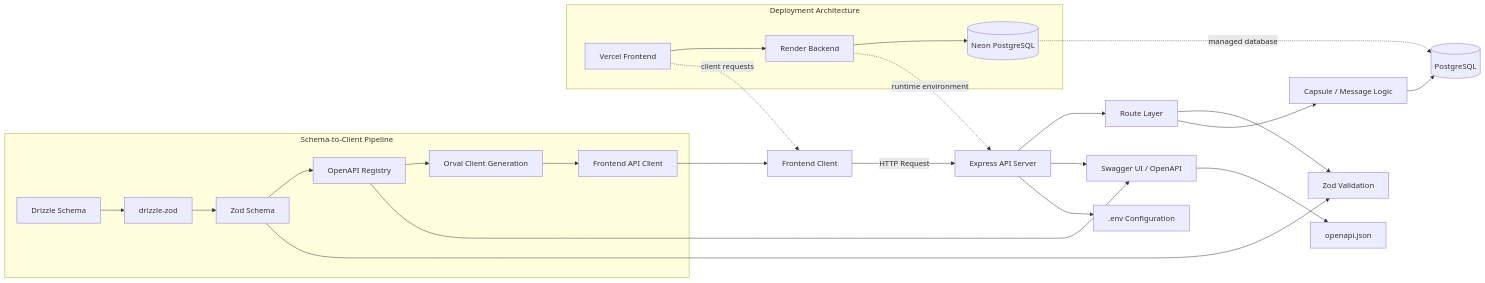
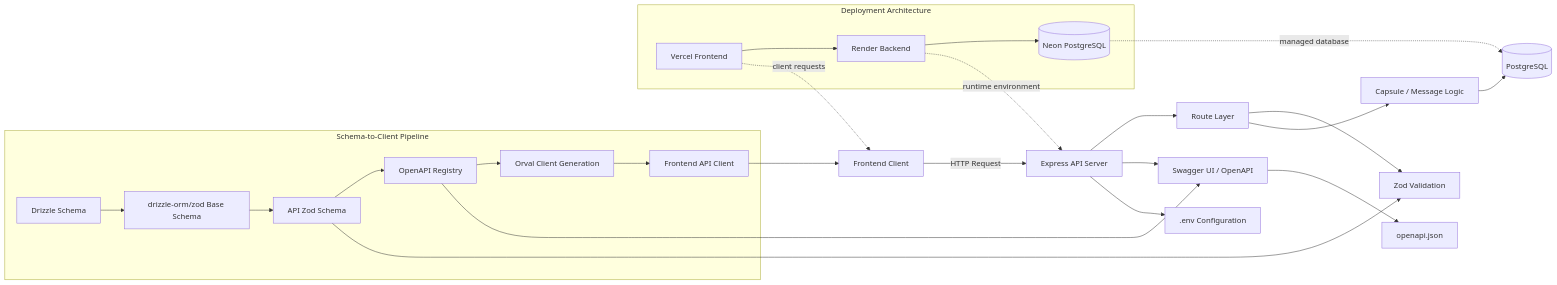
Before and after one commit to prgrms-fullcycle-devcourse/webfull_9_10_Sabujak_BE: the diagram in README.md, drawn with Mermaid. The commit also changed other lines of this file and 15 other files, not shown here.

First line of the commit message:
refactor: drizzle-orm/zod 기반 스키마 단일화

````diff
--- a/README.md
+++ b/README.md
@@ -55,31 +55,31 @@
 ```mermaid
 flowchart LR
     FE["Frontend Client"] -->|HTTP Request| API["Express API Server"]
     API --> ROUTER["Route Layer"]
     ROUTER --> VALID["Zod Validation"]
     ROUTER --> SERVICE["Capsule / Message Logic"]
     SERVICE --> DB[("PostgreSQL")]
     API --> DOCS["Swagger UI / OpenAPI"]
     DOCS --> SPEC["openapi.json"]
     API --> ENV[".env Configuration"]
 
     subgraph PIPE["Schema-to-Client Pipeline"]
-        DRIZZLE["Drizzle Schema"] --> DZ["drizzle-zod"]
-        DZ --> ZOD["Zod Schema"]
+        DRIZZLE["Drizzle Schema"] --> DZ["drizzle-orm/zod Base Schema"]
+        DZ --> ZOD["API Zod Schema"]
         ZOD --> OPENAPI["OpenAPI Registry"]
         OPENAPI --> ORVAL["Orval Client Generation"]
         ORVAL --> FECLIENT["Frontend API Client"]
     end
 
     subgraph DEPLOY["Deployment Architecture"]
         VERCEL["Vercel Frontend"] --> RENDER["Render Backend"]
         RENDER --> NEON[("Neon PostgreSQL")]
     end
 
     ZOD --> VALID
     OPENAPI --> DOCS
     FECLIENT --> FE
     VERCEL -.client requests.-> FE
     RENDER -.runtime environment.-> API
     NEON -.managed database.-> DB
 ```
````
